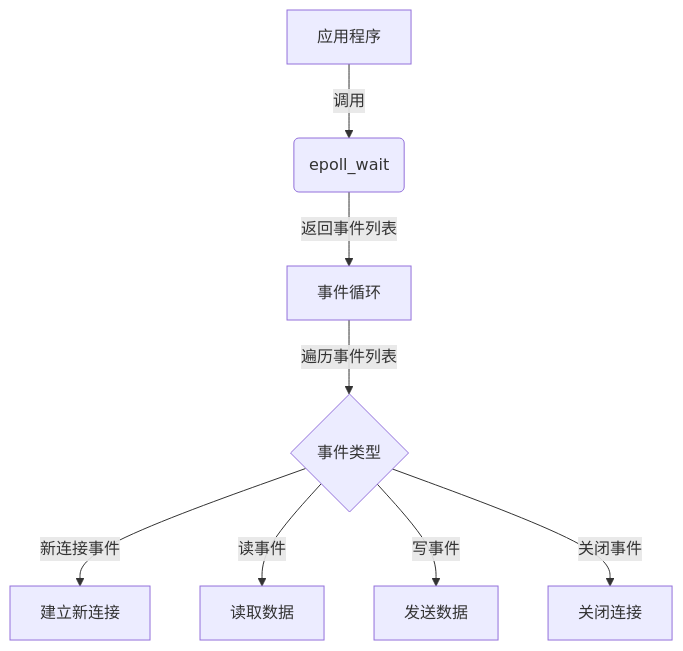
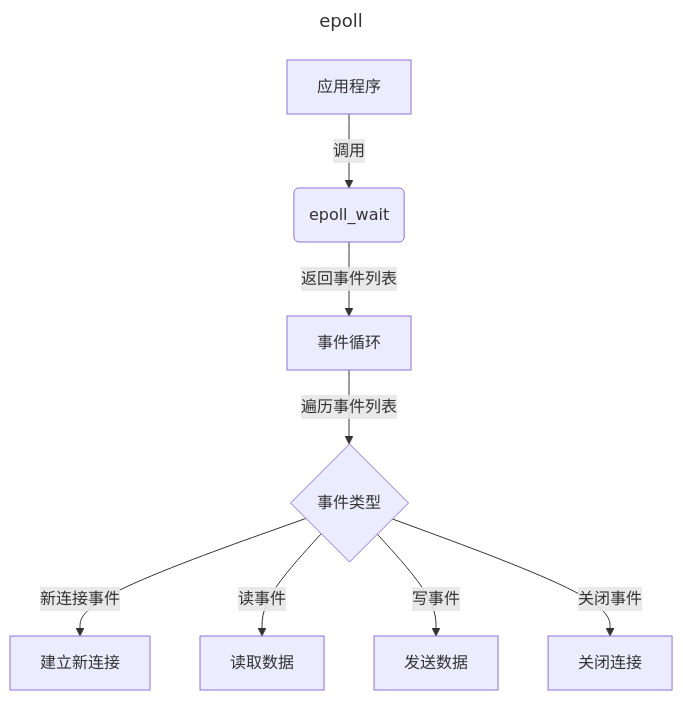
The sixth of 6 diagrams in doc/操作系统/输入输出.md (0xcaffebabe/note), drawn with Mermaid before and after one commit. The commit also changed other lines of this file, not shown here.

````diff
--- a/doc/操作系统/输入输出.md
+++ b/doc/操作系统/输入输出.md
@@ -547,10 +547,13 @@
 ```mermaid
+---
+title: epoll
+---
 graph TB
 A[应用程序] --调用--> B(epoll_wait)
 B --返回事件列表--> C[事件循环]
 C --遍历事件列表--> D{事件类型}
 D --新连接事件--> E[建立新连接]
 D --读事件--> F[读取数据]
 D --写事件--> G[发送数据]
 D --关闭事件--> H[关闭连接]
 ```
````
